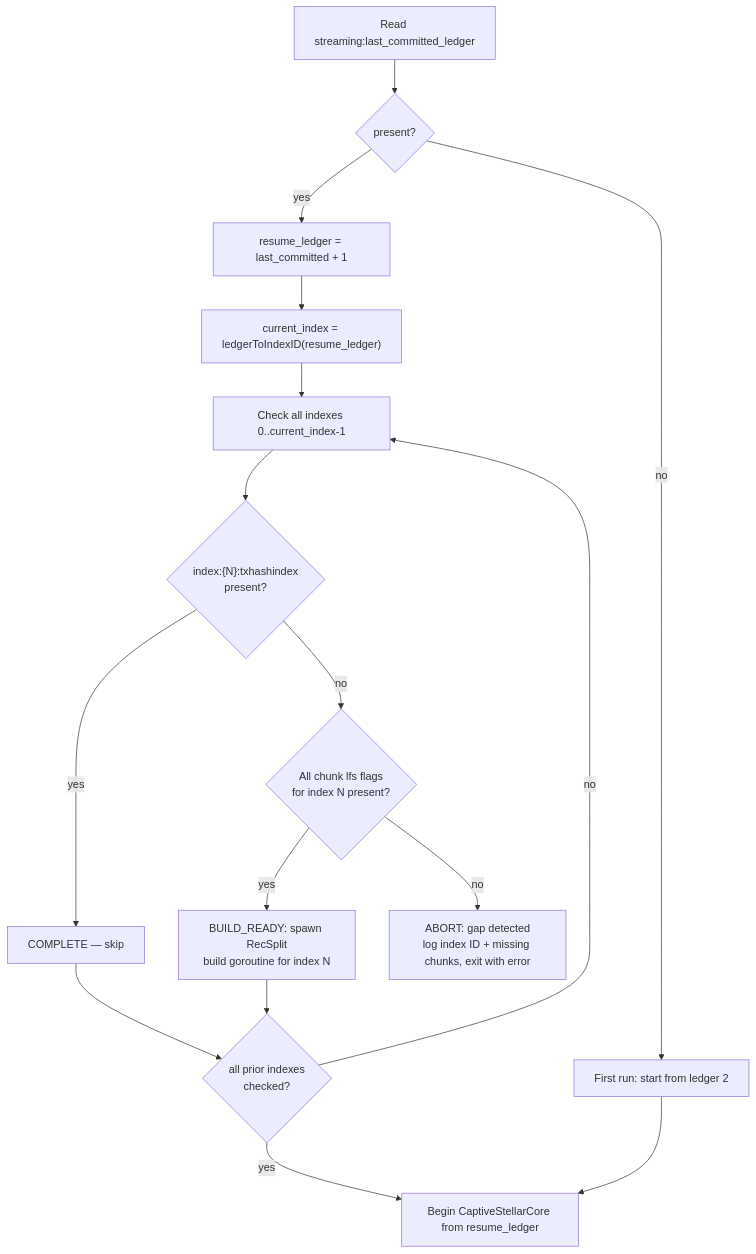
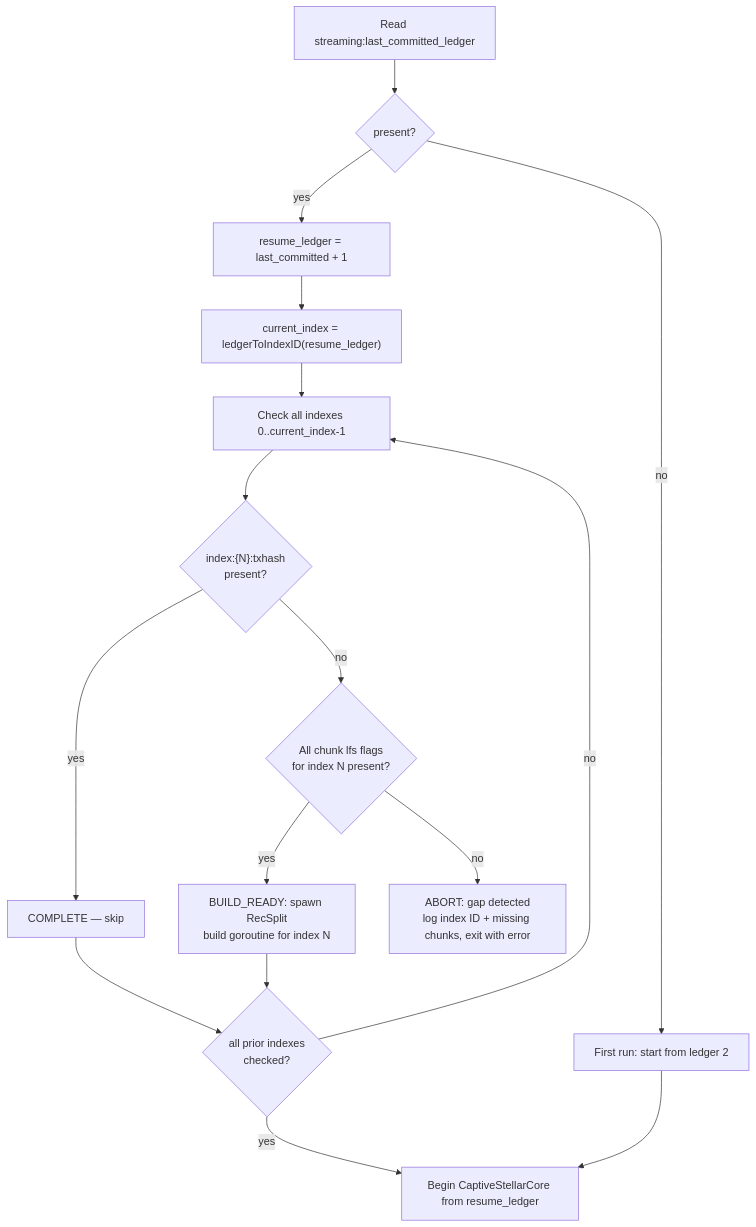
One commit to stellar/stellar-rpc changed the first of 5 diagrams in full-history/design-docs/04-streaming-and-transition.md. Above: the diagram before and after it, drawn with Mermaid. The commit also changed other lines of this file and 34 other files, not shown here.

Commit message:
refactor: align with PR #617 review — index:%010d:txhash key, chunks_per_txhash_index config

````diff
--- a/full-history/design-docs/04-streaming-and-transition.md
+++ b/full-history/design-docs/04-streaming-and-transition.md
@@ -67,18 +67,18 @@
 ```mermaid
 flowchart TD
     A["Read streaming:last_committed_ledger"] --> B{present?}
     B -->|no| C["First run: start from ledger 2"]
     B -->|yes| D["resume_ledger = last_committed + 1"]
     D --> E["current_index = ledgerToIndexID(resume_ledger)"]
     E --> F["Check all indexes 0..current_index-1"]
-    F --> G{"index:{N}:txhashindex<br/>present?"}
+    F --> G{"index:{N}:txhash<br/>present?"}
     G -->|yes| I["COMPLETE — skip"]
     G -->|no| CHECK_LFS{"All chunk lfs flags<br/>for index N present?"}
     CHECK_LFS -->|yes| RESUME["BUILD_READY: spawn RecSplit<br/>build goroutine for index N"]
     CHECK_LFS -->|no| H["ABORT: gap detected<br/>log index ID + missing chunks, exit with error"]
     I --> K{"all prior indexes<br/>checked?"}
     RESUME --> K
     K -->|no| F
     K -->|yes| L["Begin CaptiveStellarCore from resume_ledger"]
     C --> L
 ```
````
